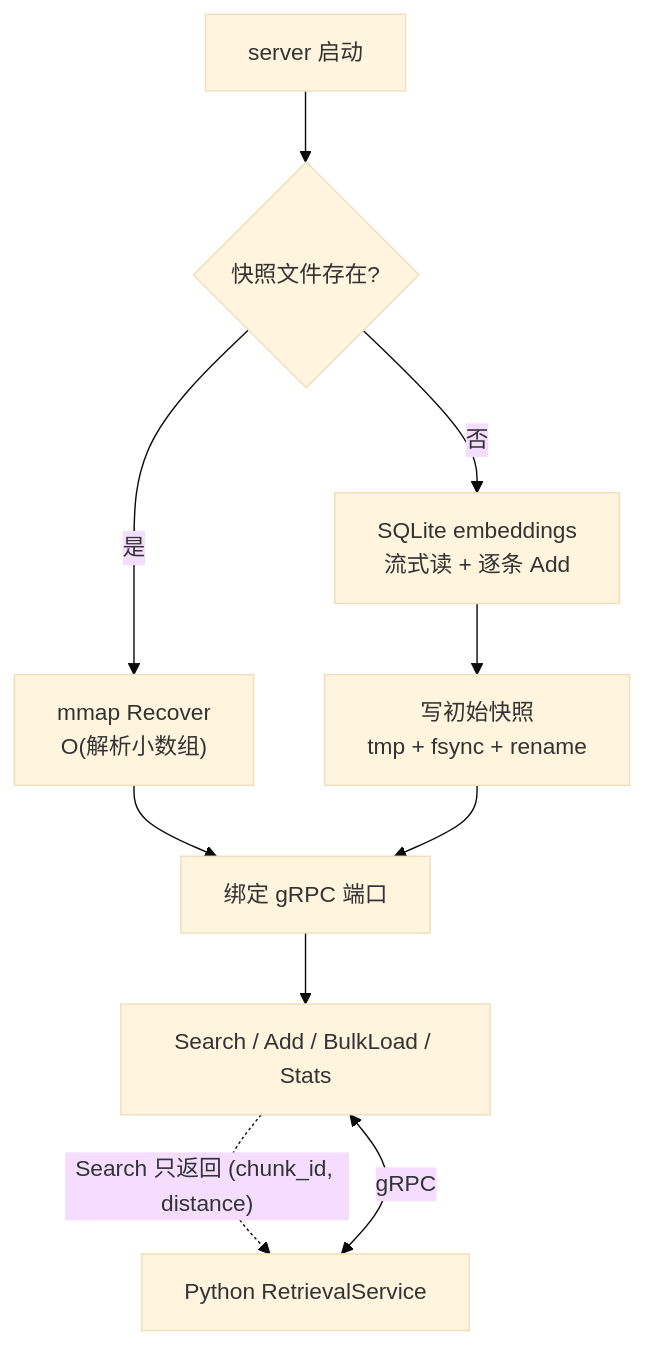
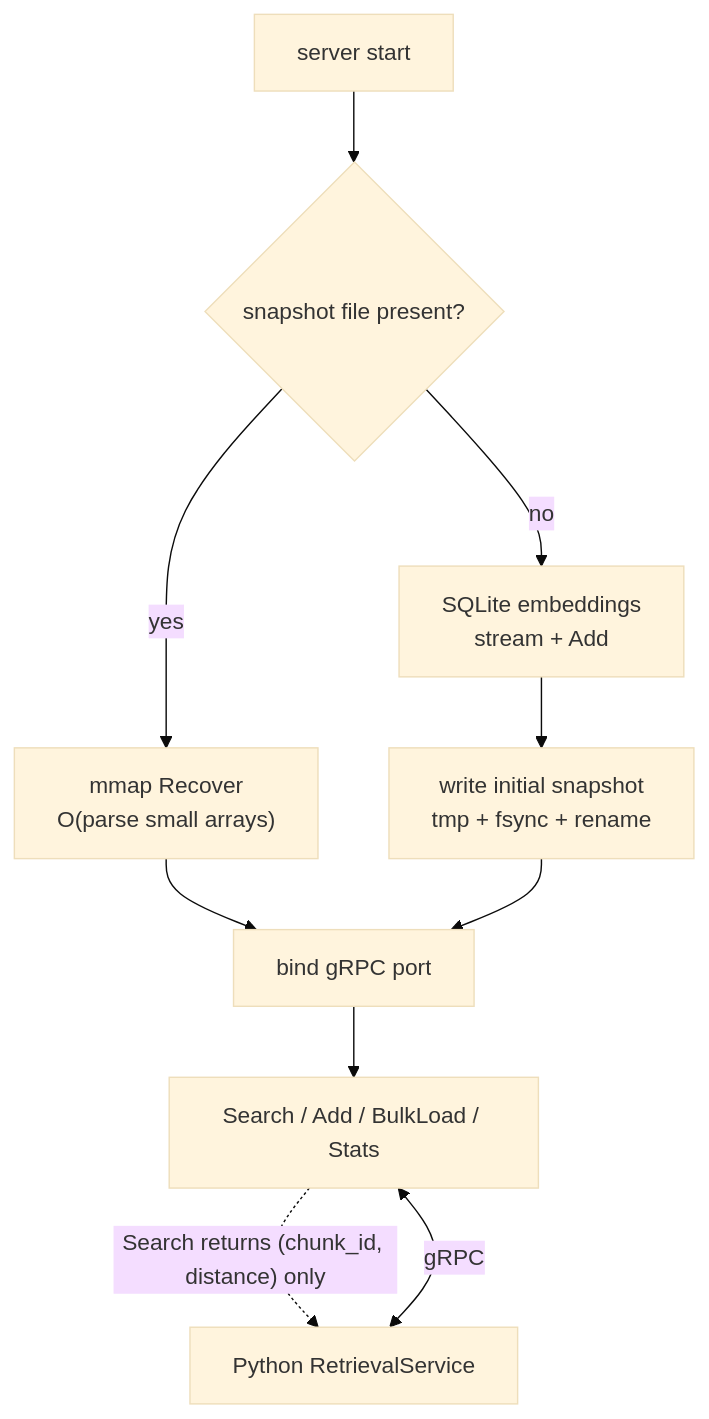
Before and after one commit to AndyUneducated/repo-sage: diagram 11 of 11 in README.md, drawn with Mermaid (base theme). The commit also changed other lines of this file and 14 other files, not shown here.

````diff
--- a/README.md
+++ b/README.md
@@ -304,12 +304,12 @@
 ```mermaid
 flowchart TD
-  Boot["server 启动"] --> HasSnap{"快照文件存在?"}
-  HasSnap -->|是| Recover["mmap Recover<br/>O(解析小数组)"]
-  HasSnap -->|否| Stream["SQLite embeddings<br/>流式读 + 逐条 Add"]
-  Stream --> WriteSnap["写初始快照<br/>tmp + fsync + rename"]
-  Recover --> Bind["绑定 gRPC 端口"]
+  Boot["server start"] --> HasSnap{"snapshot file present?"}
+  HasSnap -->|yes| Recover["mmap Recover<br/>O(parse small arrays)"]
+  HasSnap -->|no| Stream["SQLite embeddings<br/>stream + Add"]
+  Stream --> WriteSnap["write initial snapshot<br/>tmp + fsync + rename"]
+  Recover --> Bind["bind gRPC port"]
   WriteSnap --> Bind
   Bind --> Serve["Search / Add / BulkLoad / Stats"]
   Py["Python RetrievalService"] <-->|"gRPC"| Serve
-  Serve -. "Search 只返回 (chunk_id, distance)" .-> Py
+  Serve -. "Search returns (chunk_id, distance) only" .-> Py
 ```
````
